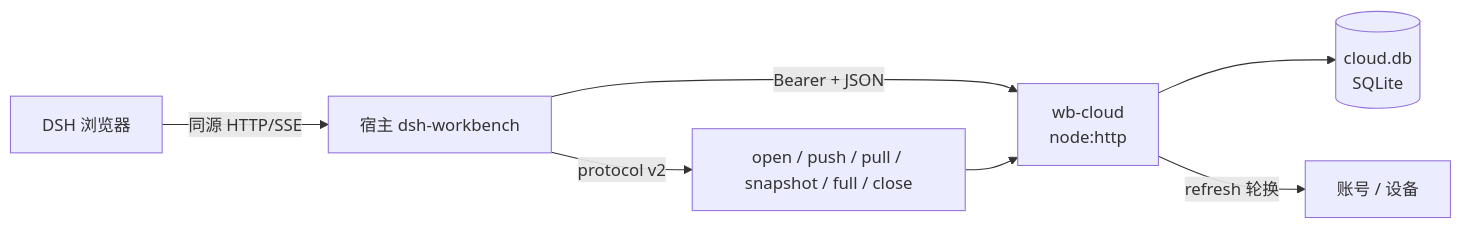
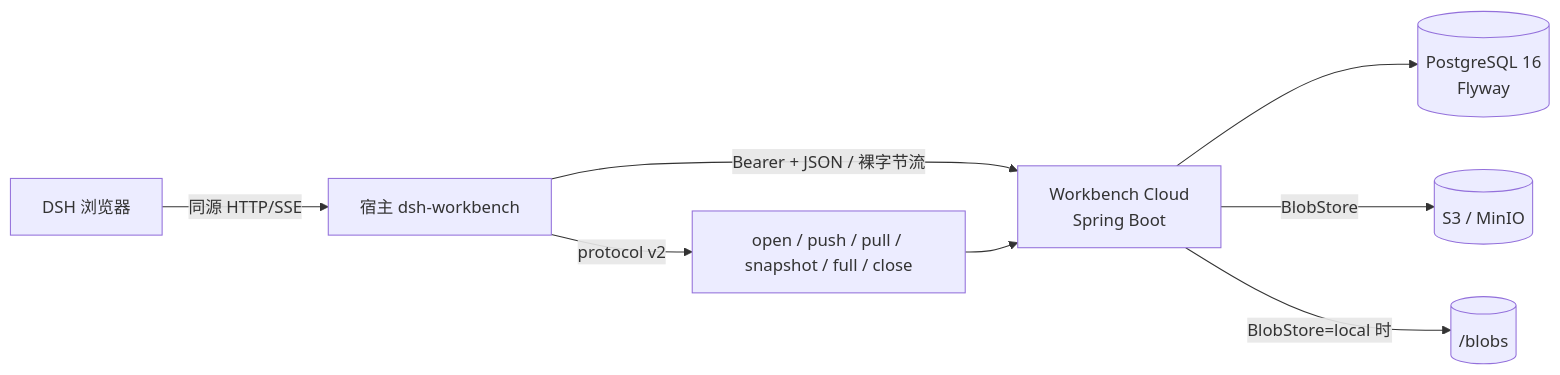
Before and after one commit to ityyq777/dsh-workbench-source: the first of 2 diagrams in docs/specs/06-云端设计.md, drawn with Mermaid. The commit also changed other lines of this file and 5 other files, not shown here.

````diff
--- a/docs/specs/06-云端设计.md
+++ b/docs/specs/06-云端设计.md
@@ -10,9 +13,10 @@
 ```mermaid
 flowchart LR
   B["DSH 浏览器"] -->|"同源 HTTP/SSE"| H["宿主 dsh-workbench"]
-  H -->|"Bearer + JSON"| C["wb-cloud<br/>node:http"]
-  C --> DB[("cloud.db<br/>SQLite")]
-  C -->|"refresh 轮换"| A["账号 / 设备"]
+  H -->|"Bearer + JSON / 裸字节流"| C["Workbench Cloud<br/>Spring Boot"]
+  C --> DB[("PostgreSQL 16<br/>Flyway")]
+  C -->|"BlobStore"| S3[("S3 / MinIO")]
+  C -->|"BlobStore=local 时"| D[("<data>/blobs")]
   H -->|"protocol v2"| S["open / push / pull / snapshot / full / close"]
   S --> C
 ```
````
